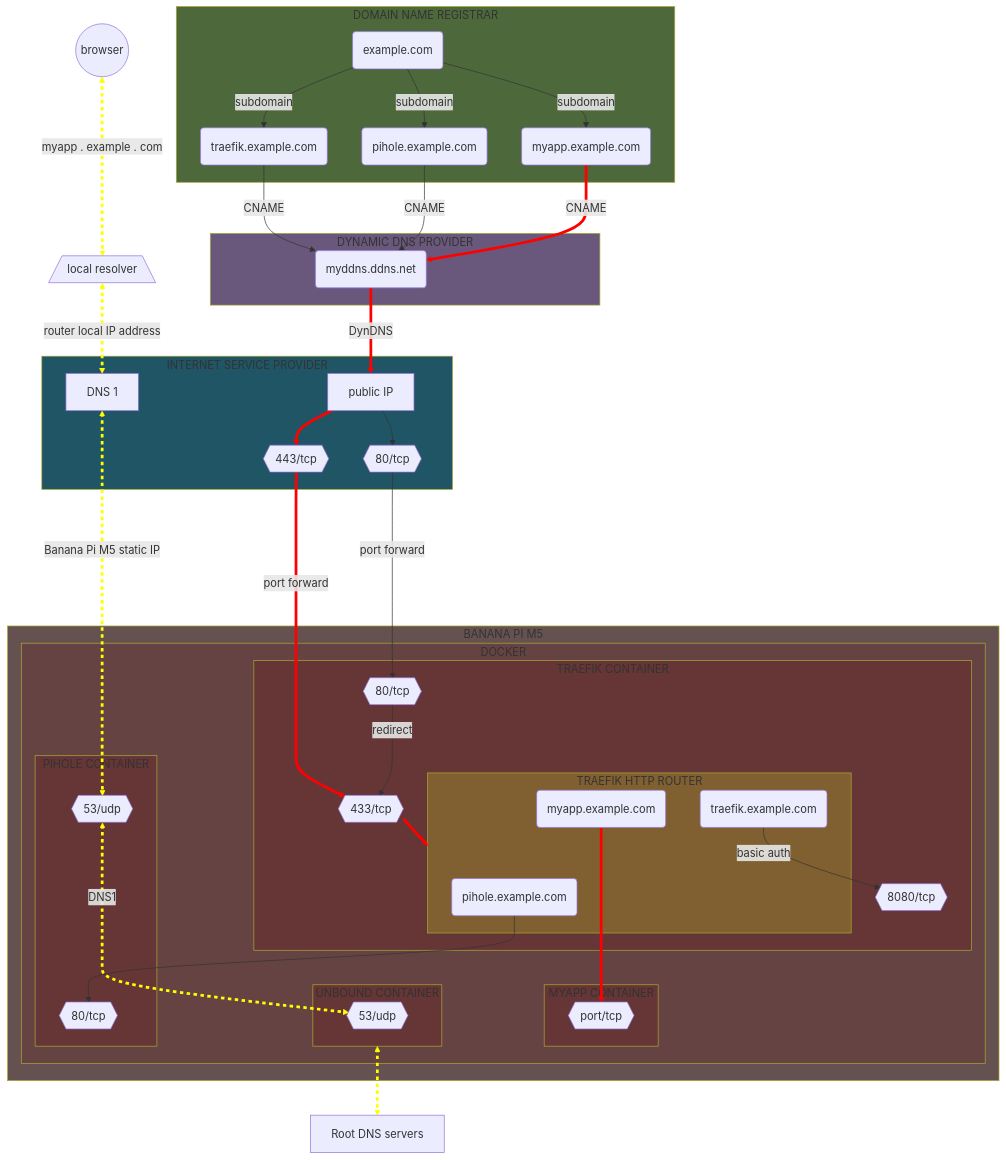
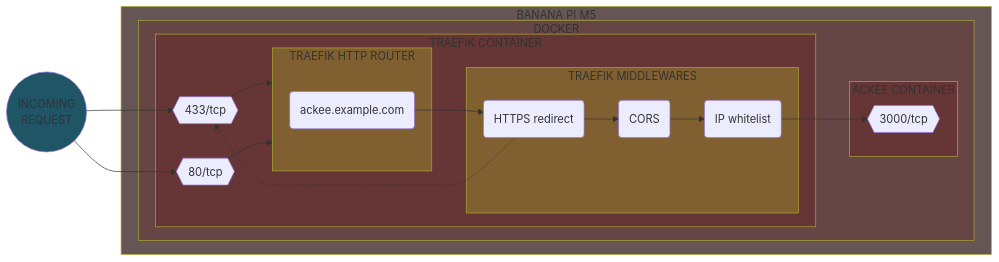
One commit to Yann39/self-hosted changed diagram 12 of 12 in README.md. Above: the diagram before and after it, drawn with Mermaid. The commit also changed other lines of this file and 3 other files, not shown here.

Commit message:
define ipwhitelist before basicauth middleware in Traefik config + improved readme and added contributing and acknowledgments

````diff
--- a/README.md
+++ b/README.md
@@ -2273,106 +2603,50 @@
 ```mermaid
-flowchart TB
-    style HOSTING_PROVIDER fill: #4d683b
-    style DDNS_PROVIDER fill: #69587b
-    style INTERNET_SERVICE_PROVIDER fill: #205566
-    style SINGLE_BOARD_COMPUTER fill: #665151
-    style CONTAINER_ENGINE fill: #664343
+flowchart LR
+    style INCOMING_REQUEST fill: #205566
     style TRAEFIK_CONTAINER fill: #663535
-    style PIHOLE_CONTAINER fill: #663535
-    style UNBOUND_CONTAINER fill: #663535
-    style MYAPP_CONTAINER fill: #663535
+    style APP_CONTAINER fill: #663535
     style TRAEFIK_ROUTER fill: #806030
-    DOMAIN(example.com)
-    SUBDOMAIN_TRAEFIK(traefik.example.com)
-    SUBDOMAIN_PIHOLE(pihole.example.com)
-    SUBDOMAIN_MYAPP(myapp.example.com)
-    DDNS(myddns.ddns.net)
-    ROUTER[public IP]
-    ROUTER_PORT80{{80/tcp}}
-    ROUTER_PORT443{{443/tcp}}
-    DOCKER_PIHOLE_PORT80{{80/tcp}}
-    DOCKER_PIHOLE_PORT53{{53/udp}}
+    style TRAEFIK_MIDDLEWARE fill: #806030
+    style SINGLE_BOARD_COMPUTER fill: #665555
+    style CONTAINER_ENGINE fill: #664545
     DOCKER_TRAEFIK_PORT443{{433/tcp}}
     DOCKER_TRAEFIK_PORT80{{80/tcp}}
-    DOCKER_TRAEFIK_PORT8080{{8080/tcp}}
-    DOCKER_MYAPP_PORT{{port/tcp}}
-    DOCKER_UNBOUND_PORT53{{53/udp}}
-    TRAEFIK_ROUTER_PIHOLE(pihole.example.com)
-    TRAEFIK_ROUTER_TRAEFIK(traefik.example.com)
-    TRAEFIK_ROUTER_MYAPP(myapp.example.com)
-    ROOT_DNS_SERVERS[Root DNS servers]
-
-    subgraph HOSTING_PROVIDER[DOMAIN NAME REGISTRAR]
-        DOMAIN -->|subdomain| SUBDOMAIN_TRAEFIK
-        DOMAIN -->|subdomain| SUBDOMAIN_PIHOLE
-        DOMAIN -->|subdomain| SUBDOMAIN_MYAPP
-    end
-
-    subgraph DDNS_PROVIDER[DYNAMIC DNS PROVIDER]
-        SUBDOMAIN_TRAEFIK -->|CNAME| DDNS
-        SUBDOMAIN_PIHOLE -->|CNAME| DDNS
-        SUBDOMAIN_MYAPP -->|CNAME| DDNS
-    end
-
-    subgraph INTERNET_SERVICE_PROVIDER[INTERNET SERVICE PROVIDER]
-        DDNS -->|DynDNS| ROUTER
-        ROUTER --> ROUTER_PORT80
-        ROUTER --> ROUTER_PORT443
-        DNS[DNS 1]
-    end
-
-    CLIENT((browser)) <--->|myapp . example . com| LOCAL_DNS_RESOLVER[/local resolver\]
-    LOCAL_DNS_RESOLVER <-->|router local IP address| DNS
-    DNS <------>|Banana Pi M5 static IP| DOCKER_PIHOLE_PORT53
-    ROUTER_PORT443 -->|port forward| DOCKER_TRAEFIK_PORT443
-    ROUTER_PORT80 -->|port forward| DOCKER_TRAEFIK_PORT80
+    DOCKER_APP_PORT{{3000/tcp}}
+    TRAEFIK_ROUTER_APP(ackee.example.com)
+    TRAEFIK_MIDDLEWARE_REDIRECT(HTTPS redirect)
+    TRAEFIK_MIDDLEWARE_IP_WHITELIST(IP whitelist)
+    TRAEFIK_MIDDLEWARE_CORS(CORS)
+    INCOMING_REQUEST(("&nbsp;&nbsp;INCOMING&nbsp;&nbsp;\nREQUEST"))
+    INCOMING_REQUEST --> DOCKER_TRAEFIK_PORT443
+    INCOMING_REQUEST --> DOCKER_TRAEFIK_PORT80
 
     subgraph SINGLE_BOARD_COMPUTER[BANANA PI M5]
         subgraph CONTAINER_ENGINE[DOCKER]
-            subgraph MYAPP_CONTAINER[MYAPP CONTAINER]
-                DOCKER_MYAPP_PORT
+            subgraph APP_CONTAINER[ACKEE CONTAINER]
+                DOCKER_APP_PORT
             end
-
-            subgraph UNBOUND_CONTAINER[UNBOUND CONTAINER]
-                DOCKER_UNBOUND_PORT53
-            end
-
-            subgraph PIHOLE_CONTAINER[PIHOLE CONTAINER]
-                DOCKER_PIHOLE_PORT80
-                DOCKER_PIHOLE_PORT53
-            end
-
-            DOCKER_PIHOLE_PORT53 <--->|DNS1| DOCKER_UNBOUND_PORT53
 
             subgraph TRAEFIK_CONTAINER[TRAEFIK CONTAINER]
                 DOCKER_TRAEFIK_PORT443 --> TRAEFIK_ROUTER
-                DOCKER_TRAEFIK_PORT80 -->|redirect| DOCKER_TRAEFIK_PORT443
+                DOCKER_TRAEFIK_PORT80 --> TRAEFIK_ROUTER
 
                 subgraph TRAEFIK_ROUTER[TRAEFIK HTTP ROUTER]
-                    TRAEFIK_ROUTER_TRAEFIK
-                    TRAEFIK_ROUTER_PIHOLE
-                    TRAEFIK_ROUTER_MYAPP
+                    TRAEFIK_ROUTER_APP
                 end
 
-                TRAEFIK_ROUTER_TRAEFIK -->|basic auth| DOCKER_TRAEFIK_PORT8080
-                TRAEFIK_ROUTER_PIHOLE --> DOCKER_PIHOLE_PORT80
-                TRAEFIK_ROUTER_MYAPP ---> DOCKER_MYAPP_PORT
+                subgraph TRAEFIK_MIDDLEWARE[TRAEFIK MIDDLEWARES]
+                    TRAEFIK_MIDDLEWARE_REDIRECT
+                    TRAEFIK_MIDDLEWARE_CORS
+                    TRAEFIK_MIDDLEWARE_IP_WHITELIST
+                end
+
+                TRAEFIK_MIDDLEWARE_REDIRECT --> TRAEFIK_MIDDLEWARE_CORS
+                TRAEFIK_MIDDLEWARE_CORS --> TRAEFIK_MIDDLEWARE_IP_WHITELIST
+                TRAEFIK_MIDDLEWARE_REDIRECT -.-> DOCKER_TRAEFIK_PORT443
+                TRAEFIK_MIDDLEWARE_IP_WHITELIST --> DOCKER_APP_PORT
+                TRAEFIK_ROUTER_APP --> TRAEFIK_MIDDLEWARE_REDIRECT
             end
 
         end
-
     end
-
-    UNBOUND_CONTAINER <--> ROOT_DNS_SERVERS
-    linkStyle 5 stroke-width: 4px, stroke: red
-    linkStyle 6 stroke-width: 4px, stroke: red
-    linkStyle 8 stroke-width: 4px, stroke: red
-    linkStyle 9 stroke-width: 4px, stroke: yellow, stroke-dasharray: 5
-    linkStyle 10 stroke-width: 4px, stroke: yellow, stroke-dasharray: 5
-    linkStyle 11 stroke-width: 4px, stroke: yellow, stroke-dasharray: 5
-    linkStyle 12 stroke-width: 4px, stroke: red
-    linkStyle 14 stroke-width: 4px, stroke: yellow, stroke-dasharray: 5
-    linkStyle 15 stroke-width: 4px, stroke: red
-    linkStyle 19 stroke-width: 4px, stroke: red
-    linkStyle 20 stroke-width: 4px, stroke: yellow, stroke-dasharray: 5
 ```
````
